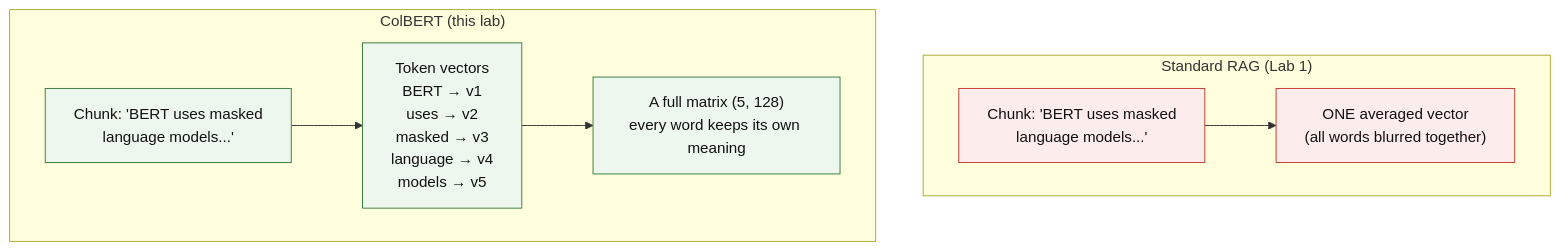
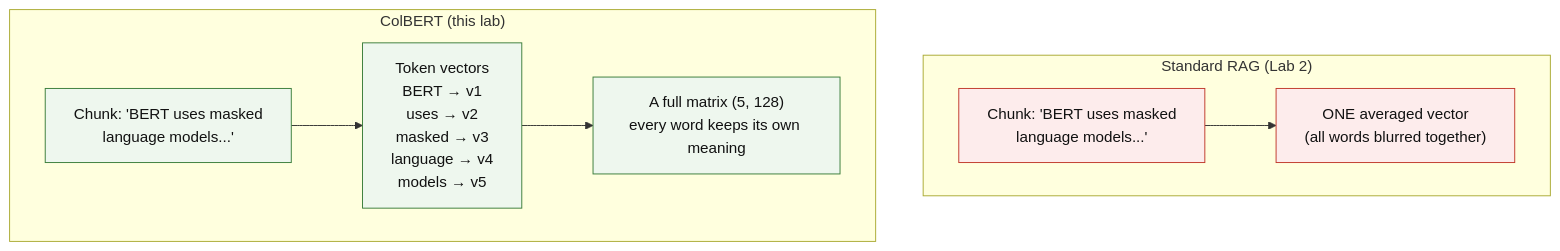
One commit to CogKnowEdge-Solutions/Context-Memory-Layer changed the third of 5 diagrams in RAG-Labs/MultiVector-RAG/lab2_colbert.md. Above: the diagram before and after it, drawn with Mermaid. The commit also changed other lines of this file and 84 other files, not shown here.

````diff
--- a/RAG-Labs/MultiVector-RAG/lab2_colbert.md
+++ b/RAG-Labs/MultiVector-RAG/lab2_colbert.md
@@ -84,18 +88,18 @@
 ```mermaid
 flowchart TB
-    subgraph Standard["Standard RAG (Lab 1)"]
+    subgraph Standard["Standard RAG (Lab 2)"]
         direction LR
         C1["Chunk: 'BERT uses masked<br/>language models...'"] --> V1["ONE averaged vector<br/>(all words blurred together)"]
     end
 
     subgraph Colbert["ColBERT (this lab)"]
         direction LR
         C2["Chunk: 'BERT uses masked<br/>language models...'"] --> T["Token vectors<br/>BERT → v1<br/>uses → v2<br/>masked → v3<br/>language → v4<br/>models → v5"]
         T --> M2["A full matrix (5, 128)<br/>every word keeps its own meaning"]
     end
 
     classDef standardStyle fill:#fdecec,stroke:#c0392b,stroke-width:1px,color:#111111
     classDef colbertStyle fill:#eef7ee,stroke:#3a7d3a,stroke-width:1px,color:#111111
     class C1,V1 standardStyle
     class C2,T,M2 colbertStyle
 ```
````
